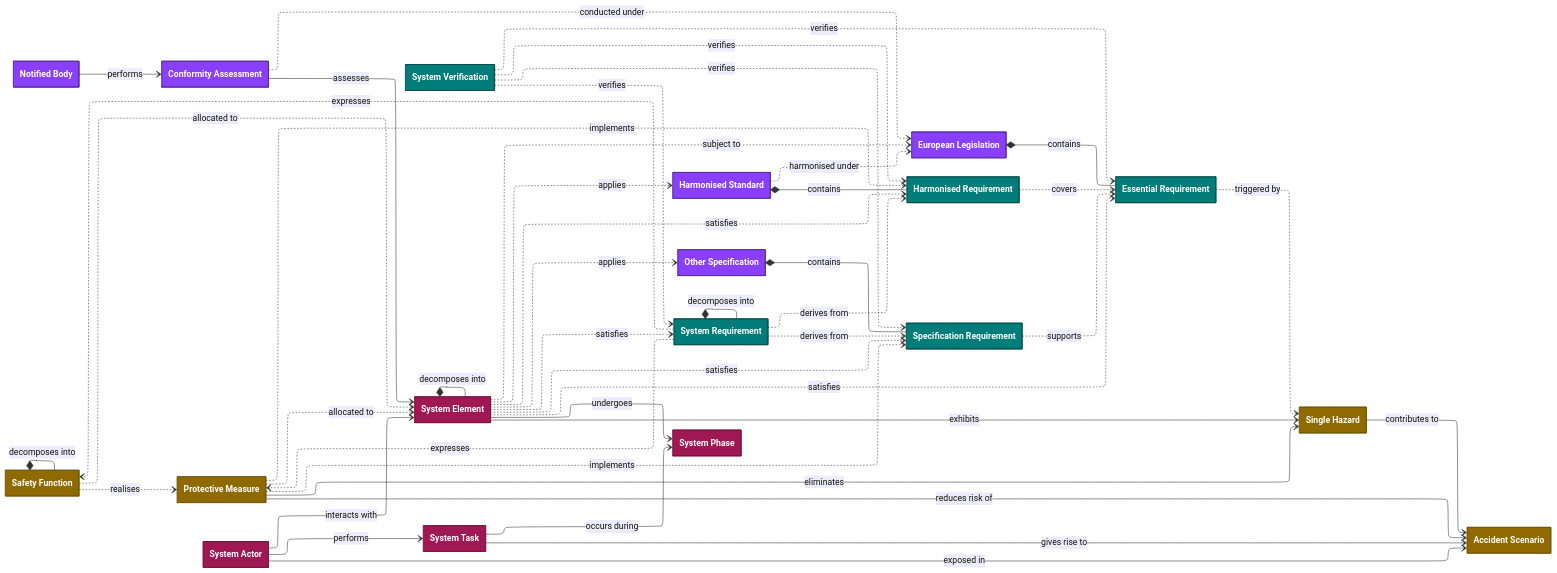
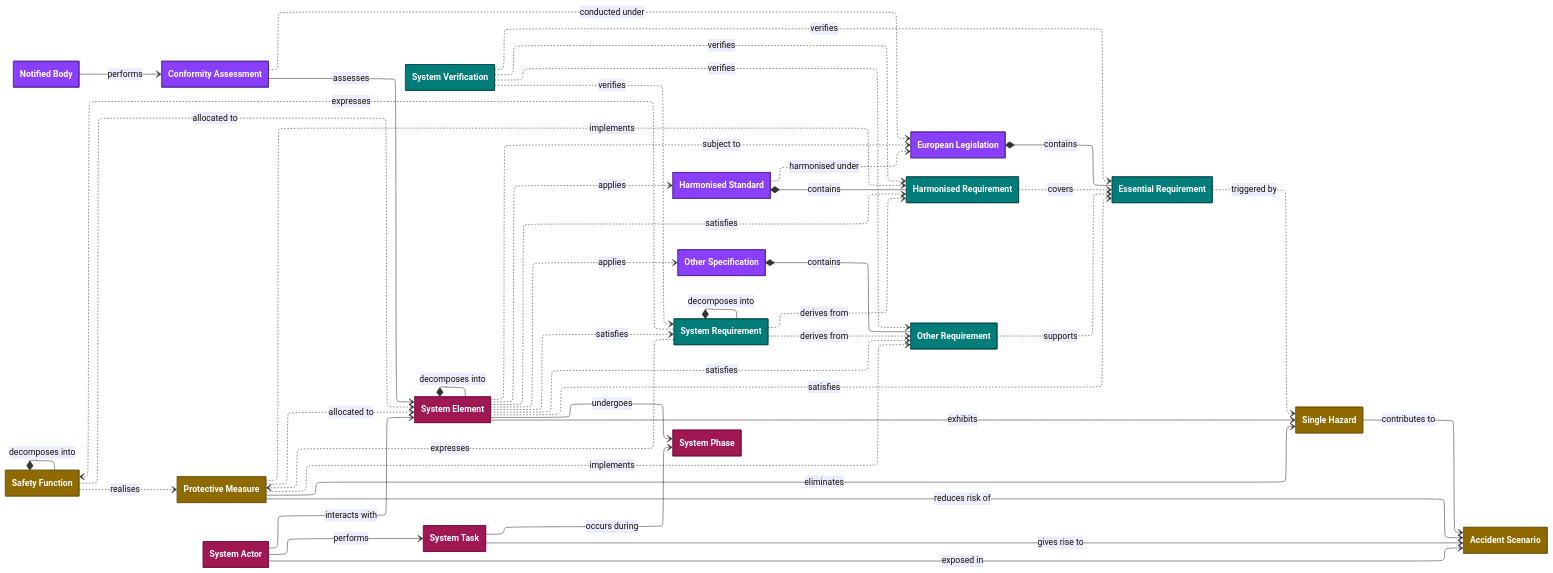
The diagram in docs/metamodel.md (omxnt/openconformity), drawn with Mermaid before and after one commit.

Commit message:
Rename Specification Requirement to Other Requirement

```diff
--- a/docs/metamodel.md
+++ b/docs/metamodel.md
@@ -15,7 +15,7 @@
 class NTB["Notified Body"]:::legislativeFramework
 class ESR["Essential Requirement"]:::requirementsDefinition
 class HSR["Harmonised Requirement"]:::requirementsDefinition
-class SPR["Specification Requirement"]:::requirementsDefinition
+class OSR["Other Requirement"]:::requirementsDefinition
 class REQ["System Requirement"]:::requirementsDefinition
 class VER["System Verification"]:::requirementsDefinition
 class HAZ["Single Hazard"]:::riskAssessment
@@ -30,7 +30,7 @@
 %% Composition
 LEG *-- ESR : contains
 HST *-- HSR : contains
-OSP *-- SPR : contains
+OSP *-- OSR : contains
 REQ *-- REQ : decomposes into
 SAF *-- SAF : decomposes into
 ELM *-- ELM : decomposes into
@@ -42,21 +42,21 @@
 ELM ..> HST : applies
 ELM ..> OSP : applies
 HSR ..> ESR : covers
-SPR ..> ESR : supports
+OSR ..> ESR : supports
 ESR ..> HAZ : triggered by
 REQ ..> HSR : derives from
-REQ ..> SPR : derives from
+REQ ..> OSR : derives from
 REQ ..> PRM : expresses
 REQ ..> SAF : expresses
 ELM ..> ESR : satisfies
 ELM ..> HSR : satisfies
-ELM ..> SPR : satisfies
+ELM ..> OSR : satisfies
 ELM ..> REQ : satisfies
 PRM ..> HSR : implements
-PRM ..> SPR : implements
+PRM ..> OSR : implements
 VER ..> ESR : verifies
 VER ..> HSR : verifies
-VER ..> SPR : verifies
+VER ..> OSR : verifies
 VER ..> REQ : verifies
 PRM ..> ELM : allocated to
 SAF ..> ELM : allocated to
```
